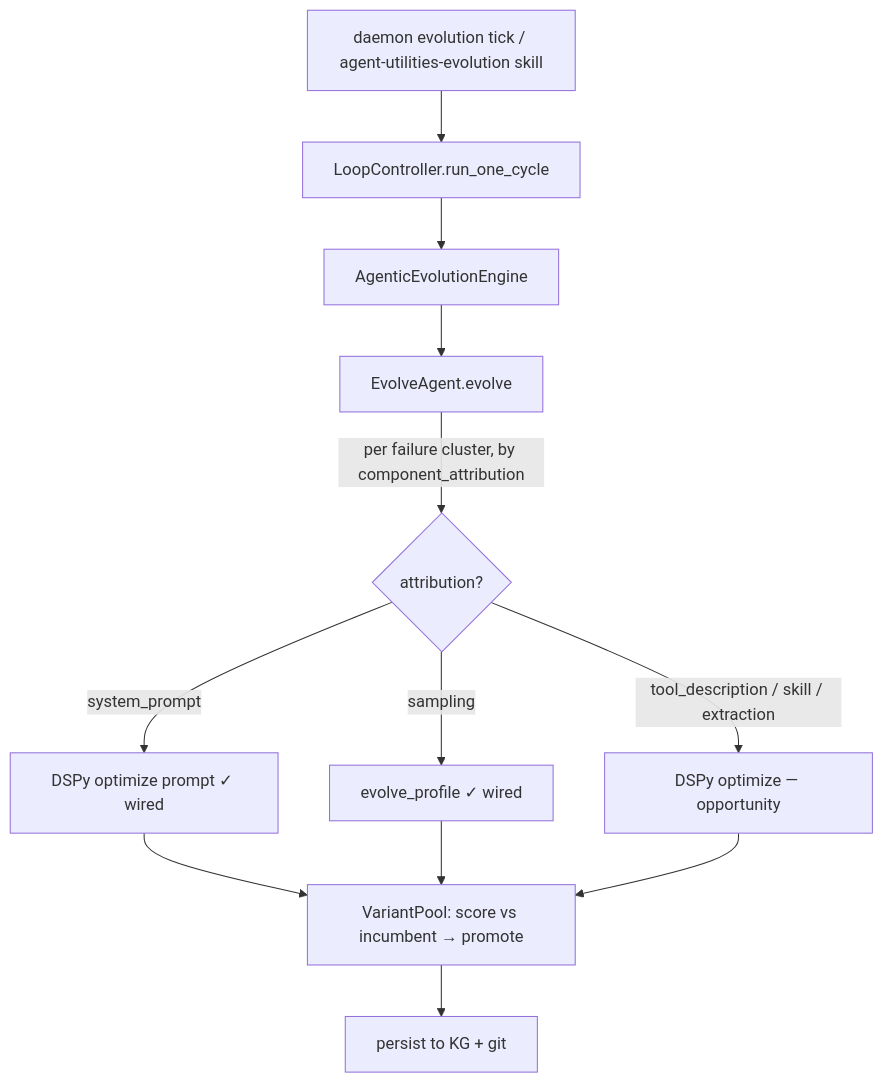
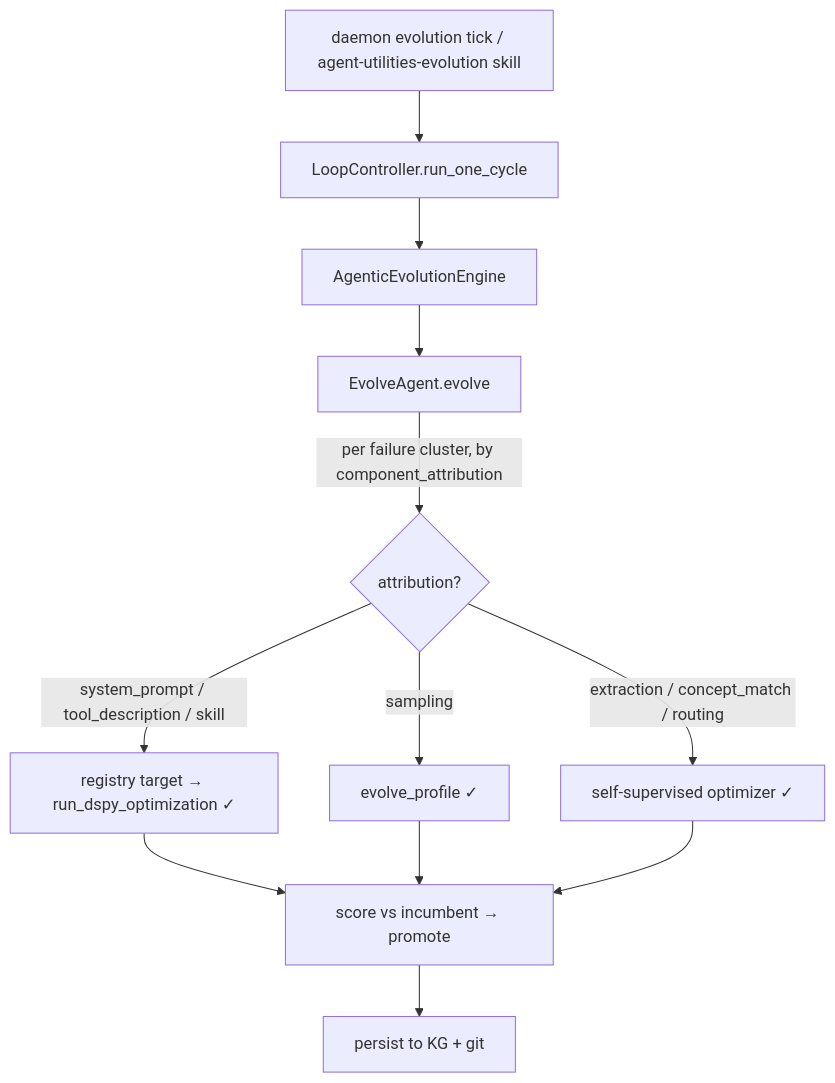
Before and after one commit to Knuckles-Team/agent-utilities: the fifth of 5 diagrams in docs/architecture/evolvable_surface.md, drawn with Mermaid. The commit also changed other lines of this file and 10 other files, not shown here.

First line of the commit message:
DSPy optimization: unify the evolvable surface across all six targets

````diff
--- a/docs/architecture/evolvable_surface.md
+++ b/docs/architecture/evolvable_surface.md
@@ -190,12 +204,12 @@
 ```mermaid
 flowchart TD
     TICK["daemon evolution tick / agent-utilities-evolution skill"] --> LC["LoopController.run_one_cycle"]
     LC --> AEE["AgenticEvolutionEngine"]
     AEE --> EVA["EvolveAgent.evolve"]
     EVA -->|"per failure cluster, by component_attribution"| BR{"attribution?"}
-    BR -->|"system_prompt"| D1["DSPy optimize prompt ✓ wired"]
-    BR -->|"sampling"| D2["evolve_profile ✓ wired"]
-    BR -->|"tool_description / skill / extraction"| D3["DSPy optimize — opportunity"]
-    D1 & D2 & D3 --> SUB["VariantPool: score vs incumbent → promote"]
+    BR -->|"system_prompt / tool_description / skill"| D1["registry target → run_dspy_optimization ✓"]
+    BR -->|"sampling"| D2["evolve_profile ✓"]
+    BR -->|"extraction / concept_match / routing"| D3["self-supervised optimizer ✓"]
+    D1 & D2 & D3 --> SUB["score vs incumbent → promote"]
     SUB --> KGB["persist to KG + git"]
 ```
````
